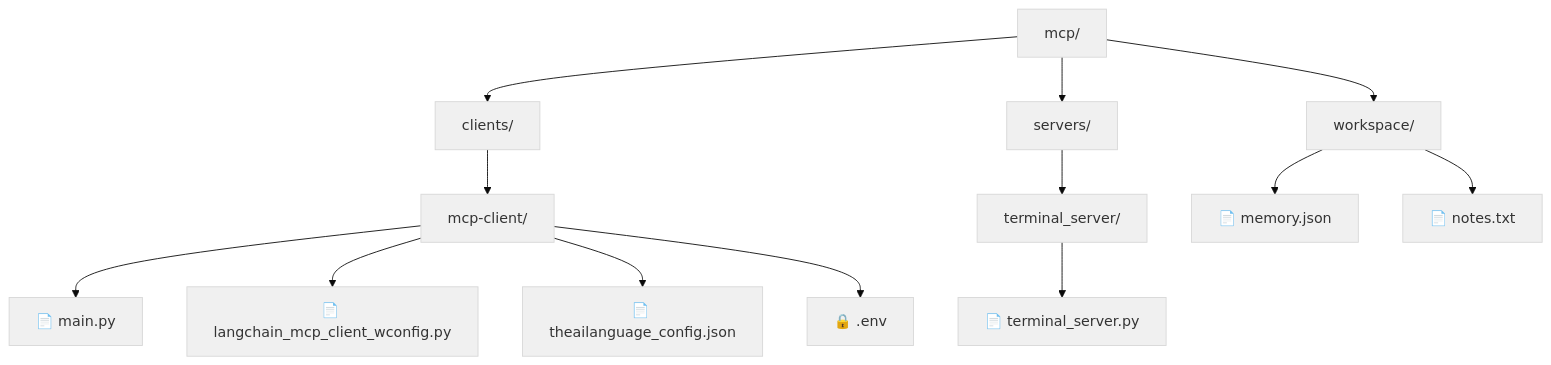
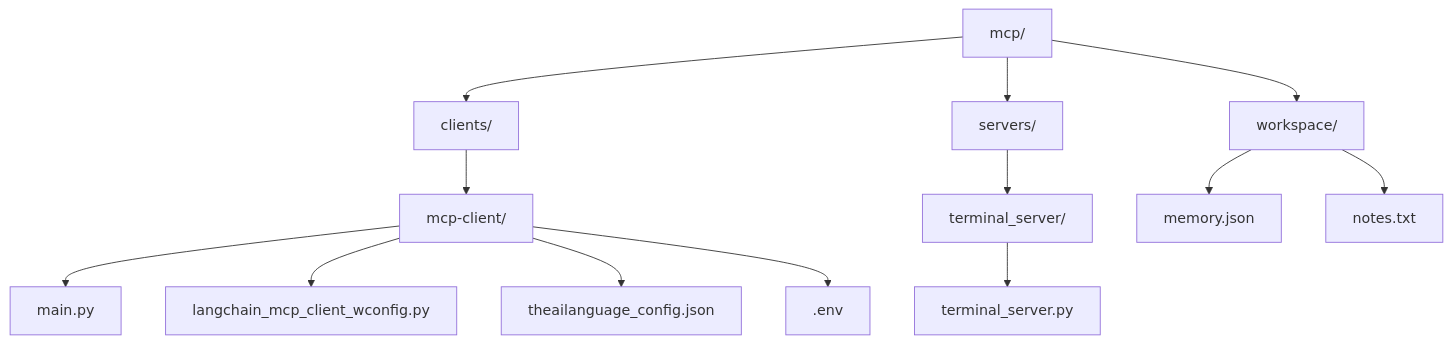
One commit to Techiral/mcp changed the second of 4 diagrams in README.md. Above: the diagram before and after it, drawn with Mermaid. The commit also changed other lines of this file, not shown here.

````diff
--- a/README.md
+++ b/README.md
@@ -35,19 +28,18 @@
 ```mermaid
-%%{init: {'theme': 'base', 'themeVariables': { 'primaryColor': '#f0f0f0', 'nodeTextColor': '#333', 'edgeLabelBackground': '#fff'}}}%%
 flowchart TD
-    A[mcp/] --> B[clients/]
-    A --> C[servers/]
-    A --> D[workspace/]
+    Root[mcp/] --> Clients[clients/]
+    Root --> Servers[servers/]
+    Root --> Workspace[workspace/]
     
-    B --> E[mcp-client/]
-    E --> F["📄 main.py"]
-    E --> G["📄 langchain_mcp_client_wconfig.py"]
-    E --> H["📄 theailanguage_config.json"]
-    E --> I["🔒 .env"]
+    Clients --> ClientDir[mcp-client/]
+    ClientDir --> Main[main.py]
+    ClientDir --> LangChain[langchain_mcp_client_wconfig.py]
+    ClientDir --> Config[theailanguage_config.json]
+    ClientDir --> Env[.env]
     
-    C --> J[terminal_server/]
-    J --> K["📄 terminal_server.py"]
+    Servers --> Terminal[terminal_server/]
+    Terminal --> TerminalFile[terminal_server.py]
     
-    D --> L["📄 memory.json"]
-    D --> M["📄 notes.txt"]
+    Workspace --> Memory[memory.json]
+    Workspace --> Notes[notes.txt]
 ```
````
